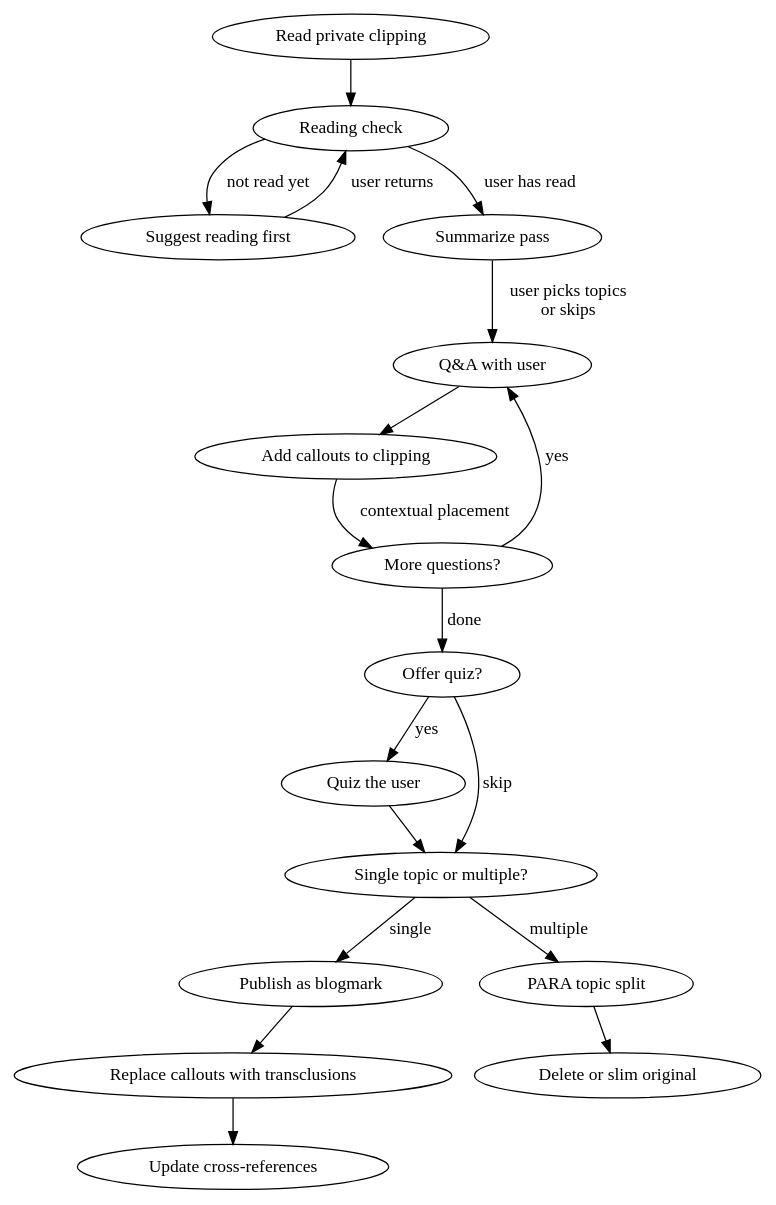
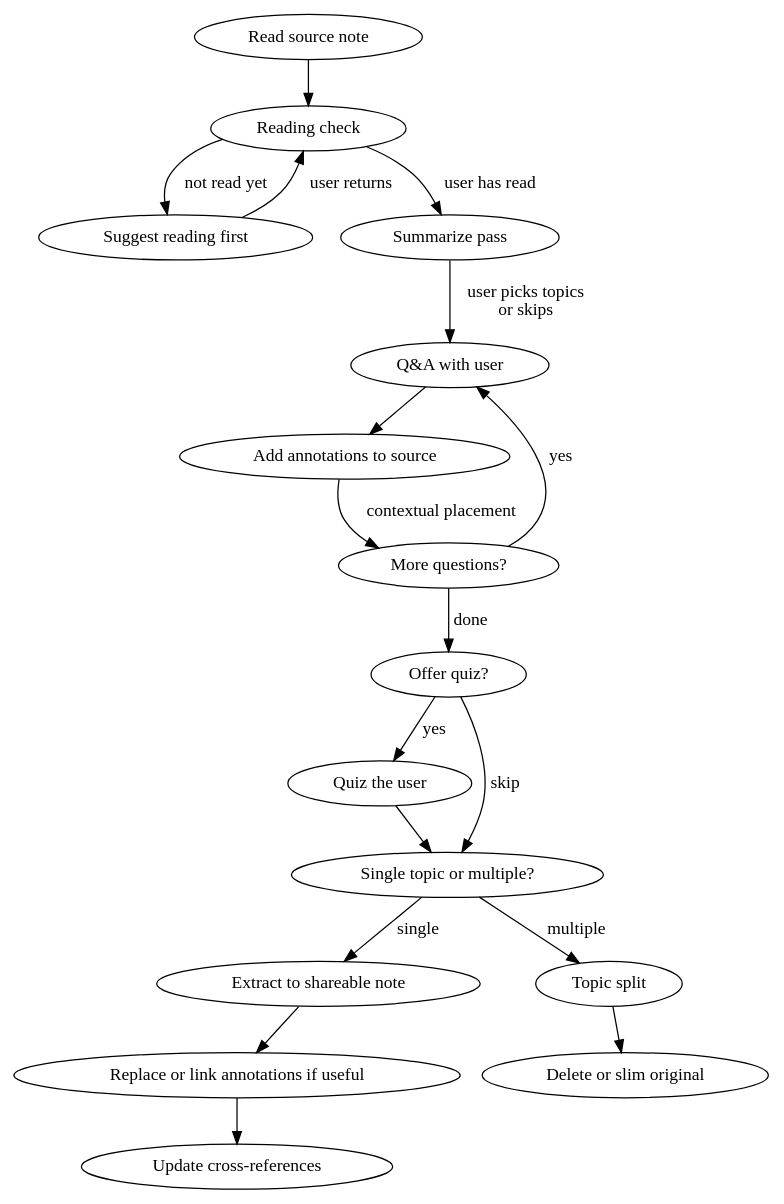
The diagram in plugins/accelerated-learning/skills/studying-articles/SKILL.md (BunnyRocks/rabbit-hole), drawn with Graphviz before and after one commit. The commit also changed other lines of this file and 11 other files, not shown here.

````diff
--- a/plugins/accelerated-learning/skills/studying-articles/SKILL.md
+++ b/plugins/accelerated-learning/skills/studying-articles/SKILL.md
@@ -14,21 +14,21 @@
 ```dot
 digraph study_flow {
-  "Read private clipping" -> "Reading check";
+  "Read source note" -> "Reading check";
   "Reading check" -> "Suggest reading first" [label="not read yet"];
   "Suggest reading first" -> "Reading check" [label="user returns"];
   "Reading check" -> "Summarize pass" [label="user has read"];
   "Summarize pass" -> "Q&A with user" [label="user picks topics\nor skips"];
-  "Q&A with user" -> "Add callouts to clipping";
-  "Add callouts to clipping" -> "More questions?" [label="contextual placement"];
+  "Q&A with user" -> "Add annotations to source";
+  "Add annotations to source" -> "More questions?" [label="contextual placement"];
   "More questions?" -> "Q&A with user" [label="yes"];
   "More questions?" -> "Offer quiz?" [label="done"];
   "Offer quiz?" -> "Quiz the user" [label="yes"];
   "Quiz the user" -> "Single topic or multiple?";
   "Offer quiz?" -> "Single topic or multiple?" [label="skip"];
-  "Single topic or multiple?" -> "Publish as blogmark" [label="single"];
-  "Single topic or multiple?" -> "PARA topic split" [label="multiple"];
-  "Publish as blogmark" -> "Replace callouts with transclusions";
-  "Replace callouts with transclusions" -> "Update cross-references";
-  "PARA topic split" -> "Delete or slim original";
+  "Single topic or multiple?" -> "Extract to shareable note" [label="single"];
+  "Single topic or multiple?" -> "Topic split" [label="multiple"];
+  "Extract to shareable note" -> "Replace or link annotations if useful";
+  "Replace or link annotations if useful" -> "Update cross-references";
+  "Topic split" -> "Delete or slim original";
 }
 ```
````
